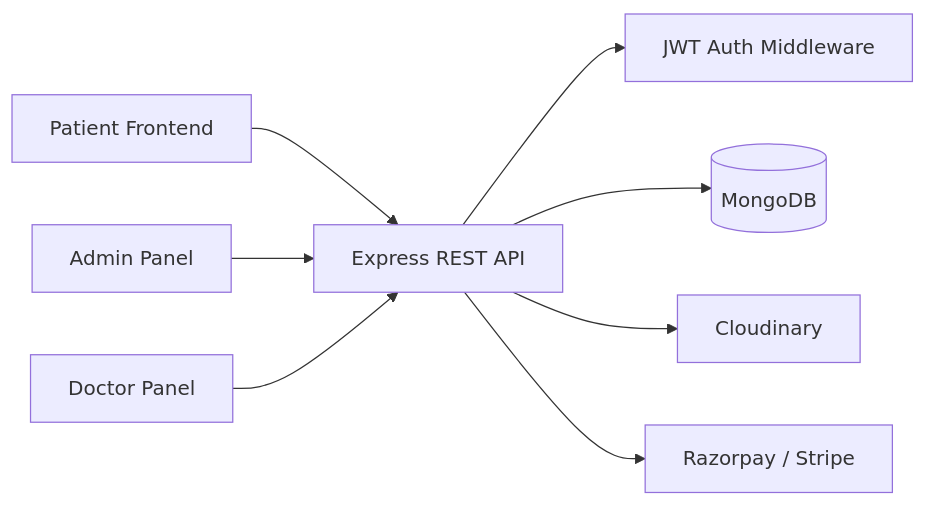
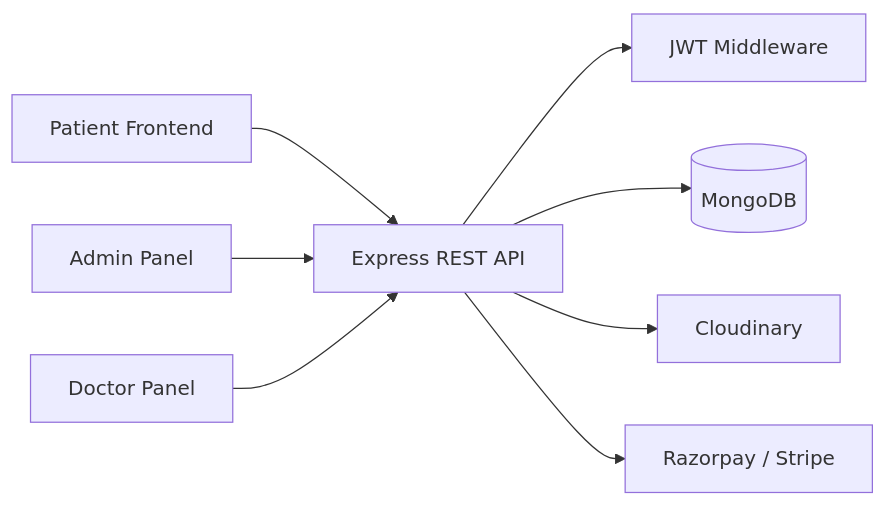
Before and after one commit to rishavraj69/Synapse-Hospiltal-Management-System: the first of 3 diagrams in README.md, drawn with Mermaid. The commit also changed other lines of this file and 1 other file, not shown here.

````diff
--- a/README.md
+++ b/README.md
@@ -70,10 +89,10 @@
 ```mermaid
 flowchart LR
-    User[Patient Frontend] --> API[Express REST API]
+    Patient[Patient Frontend] --> API[Express REST API]
     Admin[Admin Panel] --> API
     Doctor[Doctor Panel] --> API
-    API --> Auth[JWT Auth Middleware]
+    API --> Auth[JWT Middleware]
     API --> DB[(MongoDB)]
     API --> Cloud[Cloudinary]
-    API --> Pay[Razorpay / Stripe]
+    API --> Payments[Razorpay / Stripe]
 ```
````
